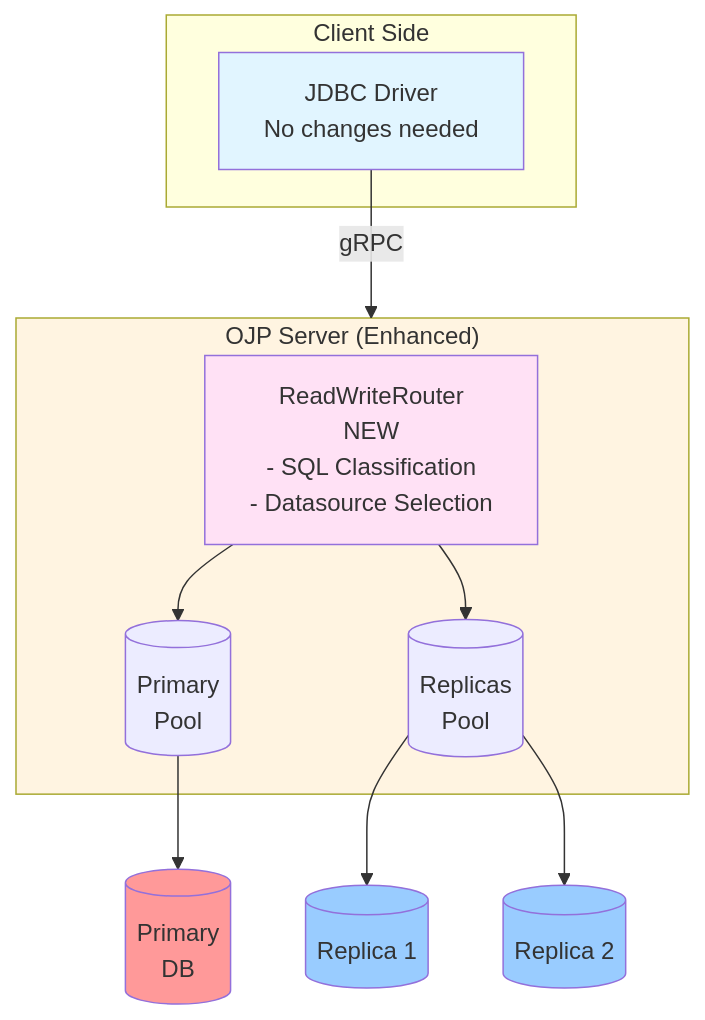
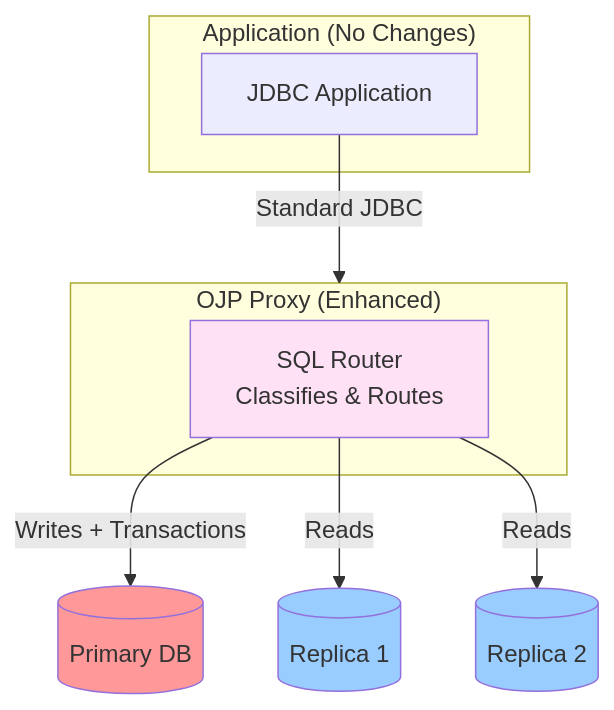
Before and after one commit to Open-JDBC-Proxy/ojp: the diagram in READ_WRITE_SPLITTING_SUMMARY.md, drawn with Mermaid. The commit also changed other lines of this file and 2 other files, not shown here.

````diff
--- a/READ_WRITE_SPLITTING_SUMMARY.md
+++ b/READ_WRITE_SPLITTING_SUMMARY.md
@@ -83,28 +26,21 @@
 ```mermaid
 flowchart TB
-    subgraph Client["Client Side"]
-        Driver[JDBC Driver<br/>No changes needed]
+    subgraph Client["Application (No Changes)"]
+        App[JDBC Application]
     end
     
-    Driver -->|gRPC| Server
+    App -->|Standard JDBC| OJP
     
-    subgraph Server["OJP Server (Enhanced)"]
-        Router[ReadWriteRouter<br/>NEW<br/>- SQL Classification<br/>- Datasource Selection]
-        PrimaryPool[(Primary<br/>Pool)]
-        ReplicaPool[(Replicas<br/>Pool)]
-        
-        Router --> PrimaryPool
-        Router --> ReplicaPool
+    subgraph OJP["OJP Proxy (Enhanced)"]
+        Router[SQL Router<br/>Classifies & Routes]
     end
     
-    PrimaryPool --> PrimaryDB[(Primary<br/>DB)]
-    ReplicaPool --> Replica1[(Replica 1)]
-    ReplicaPool --> Replica2[(Replica 2)]
+    Router -->|Writes + Transactions| Primary[(Primary DB)]
+    Router -->|Reads| Replica1[(Replica 1)]
+    Router -->|Reads| Replica2[(Replica 2)]
     
-    style Driver fill:#e1f5ff
-    style Server fill:#fff4e1
     style Router fill:#ffe1f5
-    style PrimaryDB fill:#ff9999
+    style Primary fill:#ff9999
     style Replica1 fill:#99ccff
     style Replica2 fill:#99ccff
 ```
````
